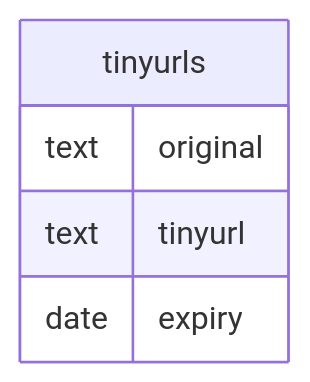
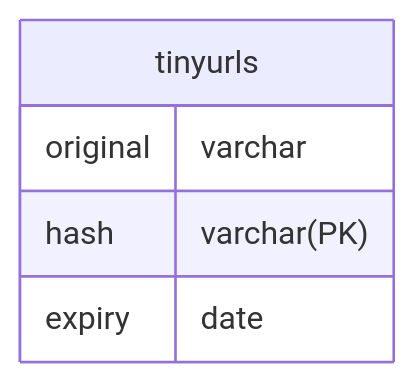
The diagram in docs/design.md (sanathkumarbs/tinyurl), drawn with Mermaid before and after one commit. The commit also changed other lines of this file and 10 other files, not shown here.

Commit message:
feat: setting up postgres connection, schema and migrations

````diff
--- a/docs/design.md
+++ b/docs/design.md
@@ -128,8 +132,8 @@
 ```mermaid
 erDiagram
     tinyurls {
-        text original
-        text tinyurl
-        date expiry
+        original varchar
+        hash varchar(PK)
+        expiry date
     }
 ```
````
